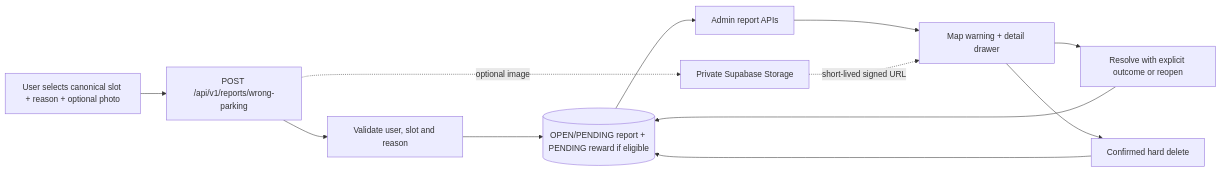
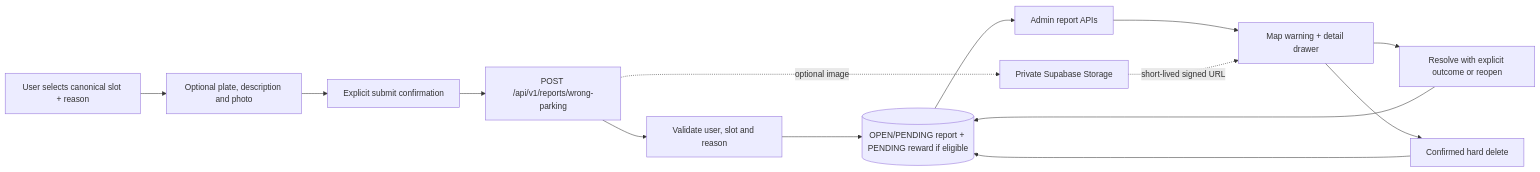
One commit to Ngducanh05/T-152 changed the fourth of 8 diagrams in docs/architecture.md. Above: the diagram before and after it, drawn with Mermaid. The commit also changed other lines of this file and 23 other files, not shown here.

````diff
--- a/docs/architecture.md
+++ b/docs/architecture.md
@@ -178,14 +178,16 @@
 ```mermaid
 flowchart LR
-    User["User selects canonical slot + reason + optional photo"] --> ReportAPI["POST /api/v1/reports/wrong-parking"]
+    User["User selects canonical slot + reason"] --> Evidence["Optional plate, description and photo"]
+    Evidence --> Confirm["Explicit submit confirmation"]
+    Confirm --> ReportAPI["POST /api/v1/reports/wrong-parking"]
     ReportAPI --> Validate["Validate user, slot and reason"]
     Validate --> DB[("OPEN/PENDING report + PENDING reward if eligible")]
     ReportAPI -. "optional image" .-> Storage["Private Supabase Storage"]
     DB --> AdminAPI["Admin report APIs"]
     AdminAPI --> AdminUI["Map warning + detail drawer"]
     Storage -. "short-lived signed URL" .-> AdminUI
     AdminUI --> Resolve["Resolve with explicit outcome or reopen"]
     AdminUI --> Delete["Confirmed hard delete"]
     Resolve --> DB
     Delete --> DB
 ```
````
